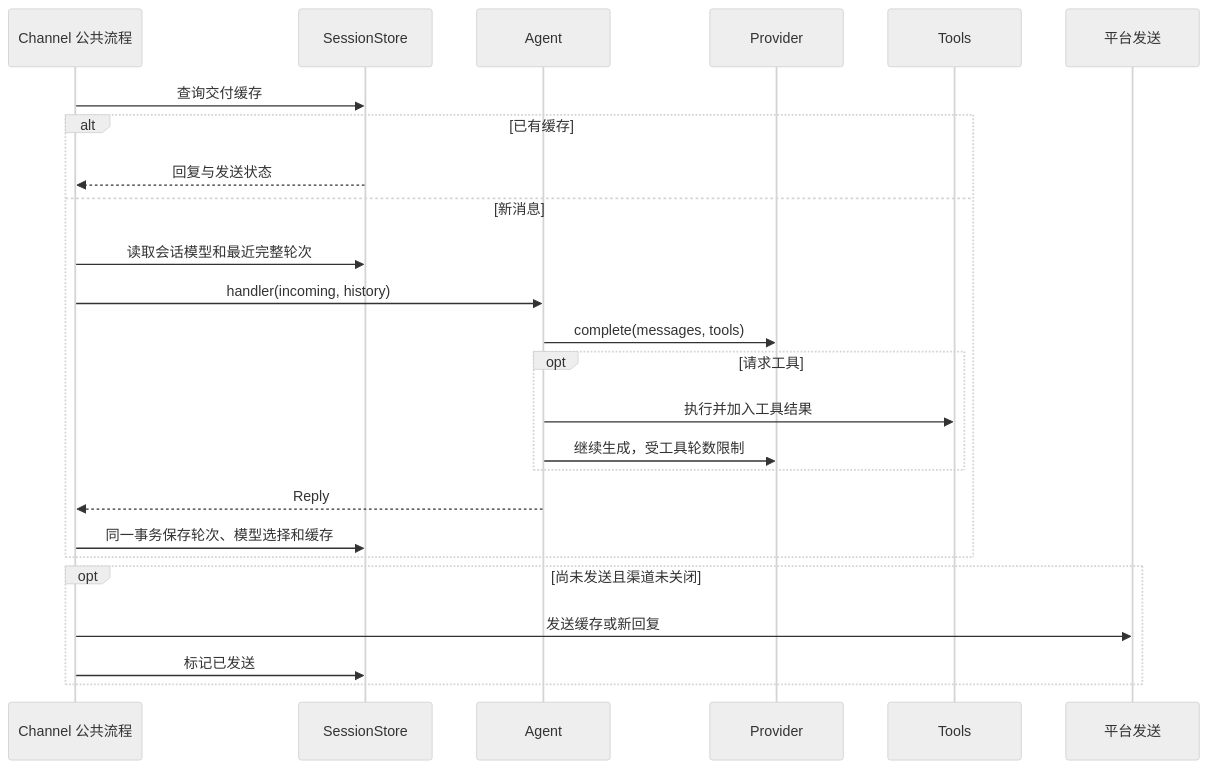
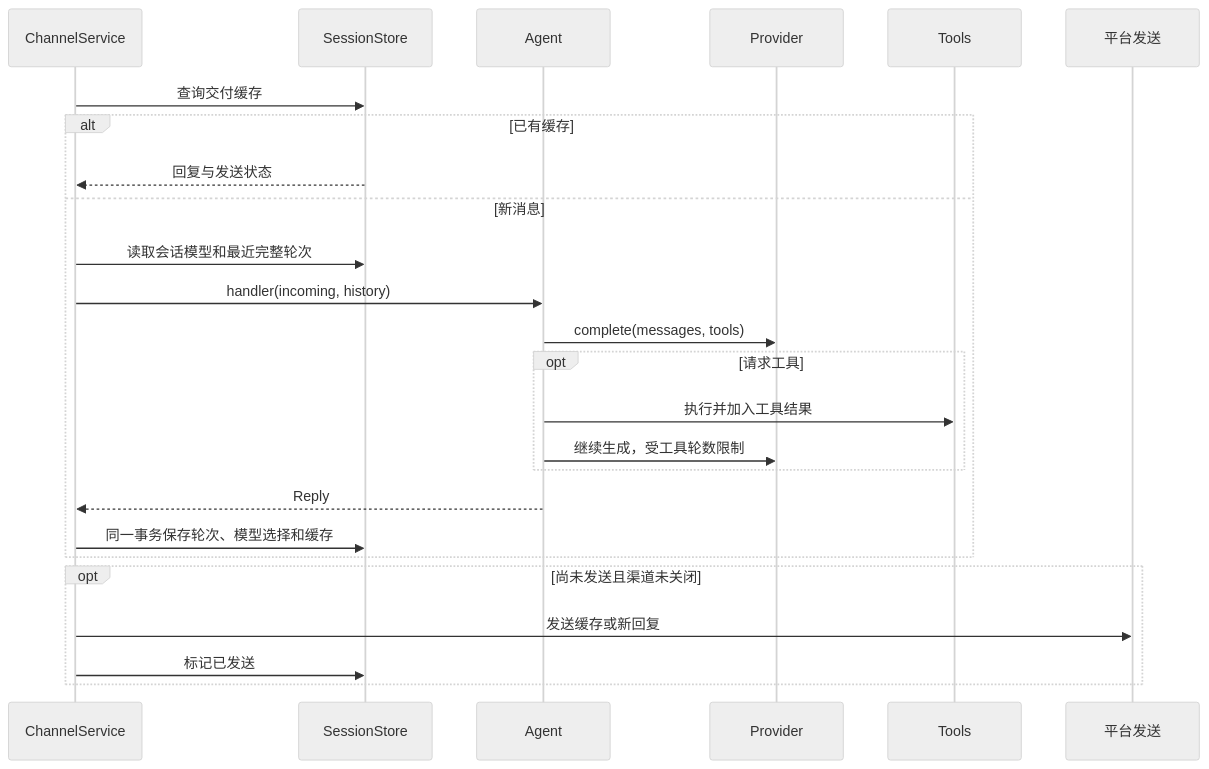
The second of 2 diagrams in docs/design/architecture.md (Hao-github/Partner), drawn with Mermaid (neutral theme) before and after one commit. The commit also changed other lines of this file and 32 other files, not shown here.

````diff
--- a/docs/design/architecture.md
+++ b/docs/design/architecture.md
@@ -65,27 +65,27 @@
 ```mermaid
 sequenceDiagram
-    participant C as Channel 公共流程
+    participant C as ChannelService
     participant S as SessionStore
     participant A as Agent
     participant P as Provider
     participant T as Tools
     participant I as 平台发送
     C->>S: 查询交付缓存
     alt 已有缓存
         S-->>C: 回复与发送状态
     else 新消息
         C->>S: 读取会话模型和最近完整轮次
         C->>A: handler(incoming, history)
         A->>P: complete(messages, tools)
         opt 请求工具
             A->>T: 执行并加入工具结果
             A->>P: 继续生成，受工具轮数限制
         end
         A-->>C: Reply
         C->>S: 同一事务保存轮次、模型选择和缓存
     end
     opt 尚未发送且渠道未关闭
         C->>I: 发送缓存或新回复
         C->>S: 标记已发送
     end
 ```
````
